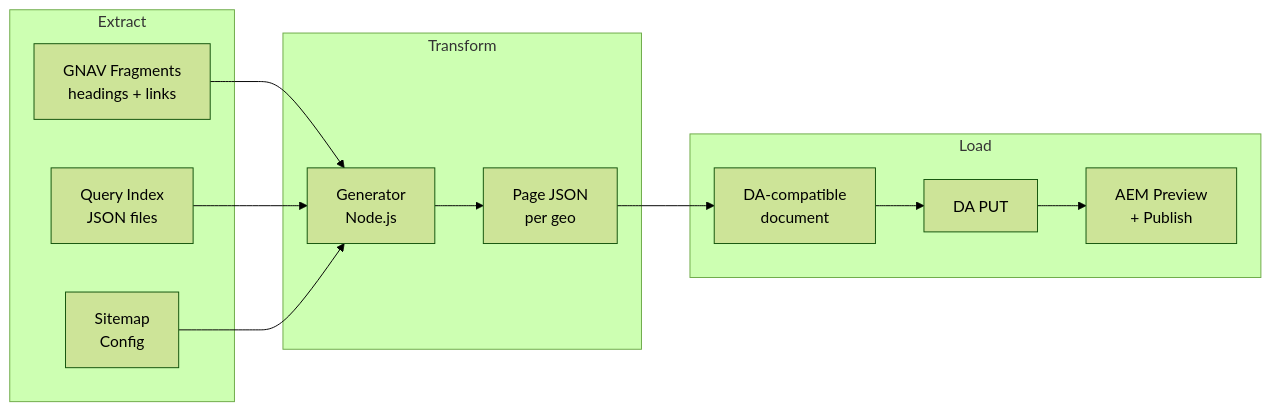
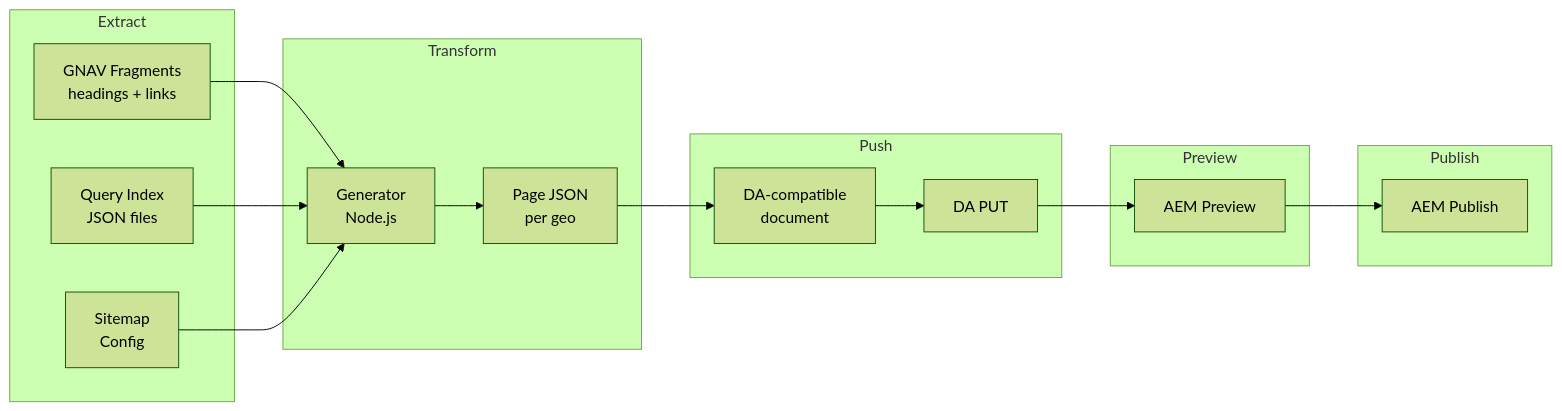
One commit to adobecom/milo changed the second of 2 diagrams in .github/workflows/html-sitemap/README.md. Above: the diagram before and after it, drawn with Mermaid (forest theme). The commit also changed other lines of this file, not shown here.

````diff
--- a/.github/workflows/html-sitemap/README.md
+++ b/.github/workflows/html-sitemap/README.md
@@ -287,24 +271,31 @@
 ```mermaid
 flowchart LR
     subgraph Extract
         GNAV[GNAV Fragments\nheadings + links]
         QI[Query Index\nJSON files]
         SC[Sitemap\nConfig]
     end
 
     subgraph Transform
         GEN[Generator\nNode.js]
         JSON[Page JSON\nper geo]
     end
 
-    subgraph Load
+    subgraph Push
         DADOC[DA-compatible\ndocument]
         DA[DA PUT]
-        AEM[AEM Preview\n+ Publish]
+    end
+
+    subgraph Preview
+        PREV[AEM Preview]
+    end
+
+    subgraph Publish
+        PUB[AEM Publish]
     end
 
     GNAV --> GEN
     QI --> GEN
     SC --> GEN
-    GEN --> JSON --> DADOC --> DA --> AEM
+    GEN --> JSON --> DADOC --> DA --> PREV --> PUB
 ```
````
